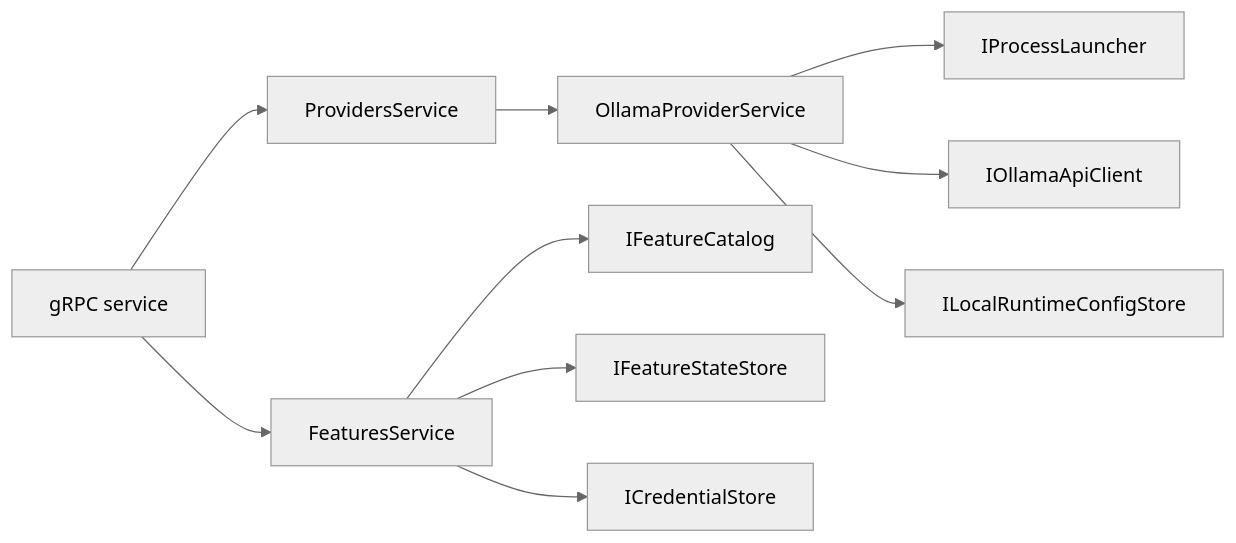
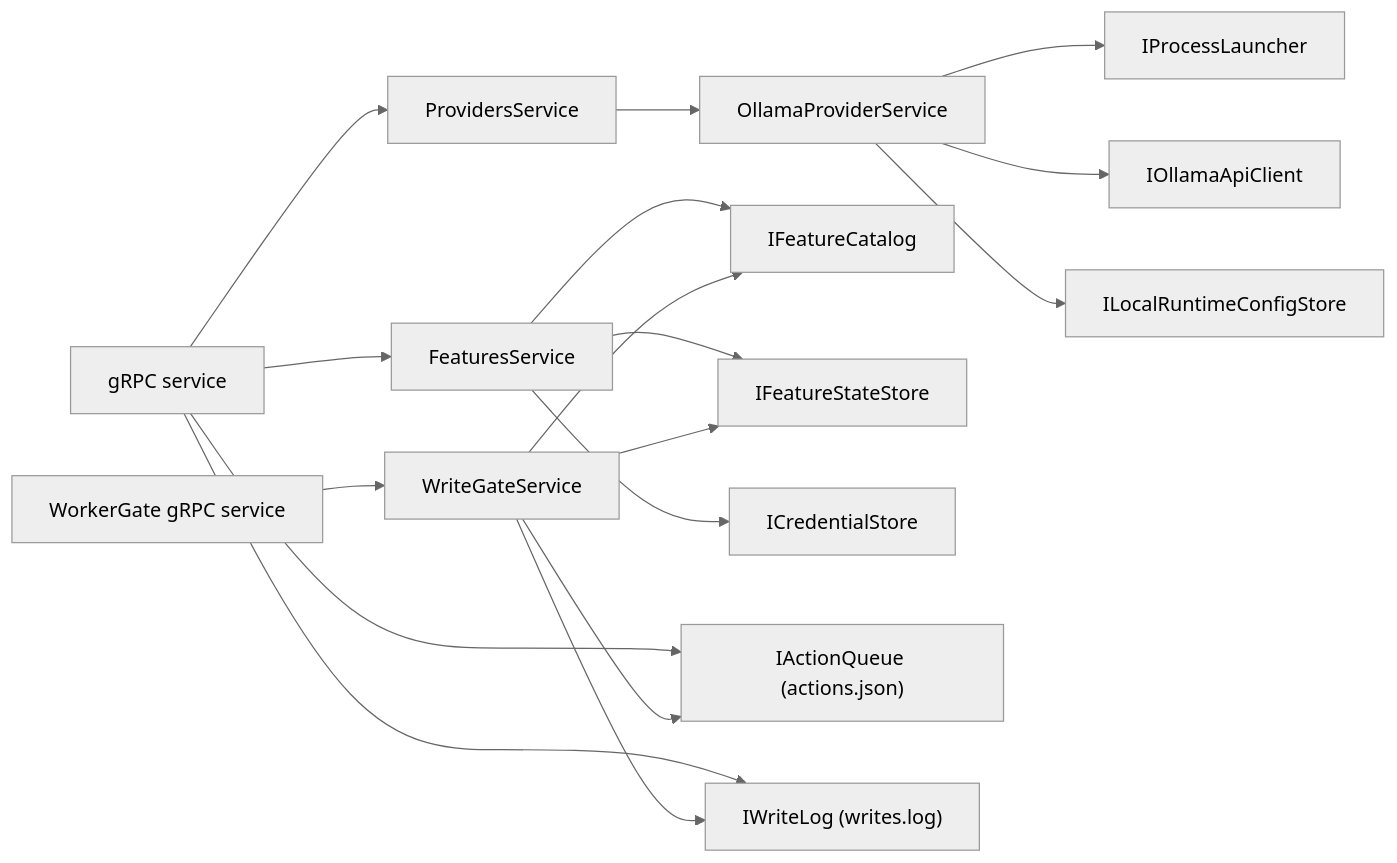
The diagram in vault/pages/services/control-plane.md (vitorafgomes/scout), drawn with Mermaid (neutral theme) before and after one commit. The commit also changed other lines of this file and 129 other files, not shown here.

````diff
--- a/vault/pages/services/control-plane.md
+++ b/vault/pages/services/control-plane.md
@@ -41,12 +45,19 @@
 ```mermaid
 flowchart LR
     ui["gRPC service"] --> ps["ProvidersService"]
     ps --> ol["OllamaProviderService"]
     ol --> pl["IProcessLauncher"]
     ol --> api["IOllamaApiClient"]
     ol --> cfg["ILocalRuntimeConfigStore"]
     ui --> fs["FeaturesService"]
     fs --> cat["IFeatureCatalog"]
     fs --> st["IFeatureStateStore"]
     fs --> cr["ICredentialStore"]
+    ui --> aq["IActionQueue (actions.json)"]
+    ui --> wl["IWriteLog (writes.log)"]
+    wg["WorkerGate gRPC service"] --> gate["WriteGateService"]
+    gate --> cat
+    gate --> st
+    gate --> aq
+    gate --> wl
 ```
````
